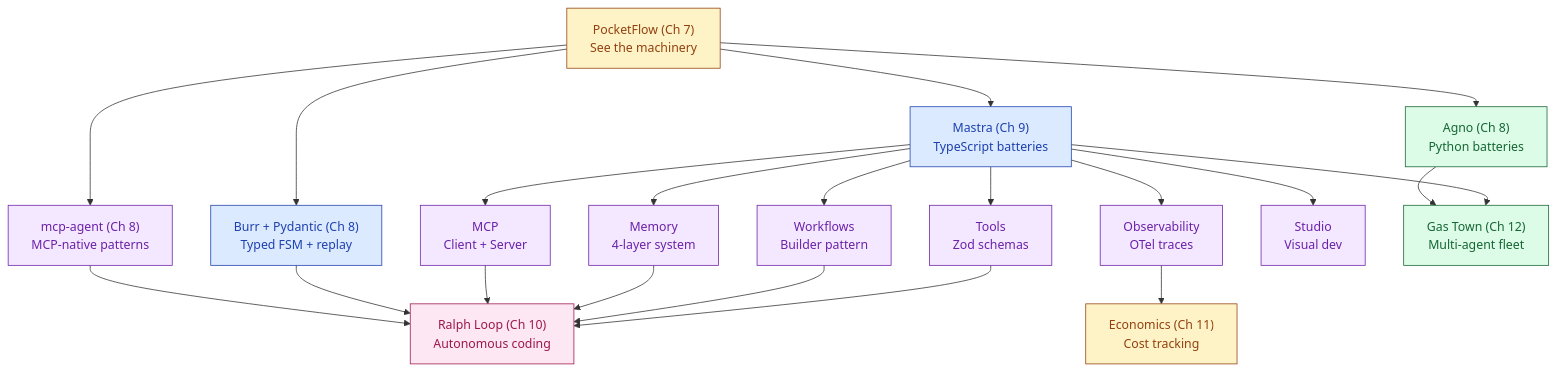
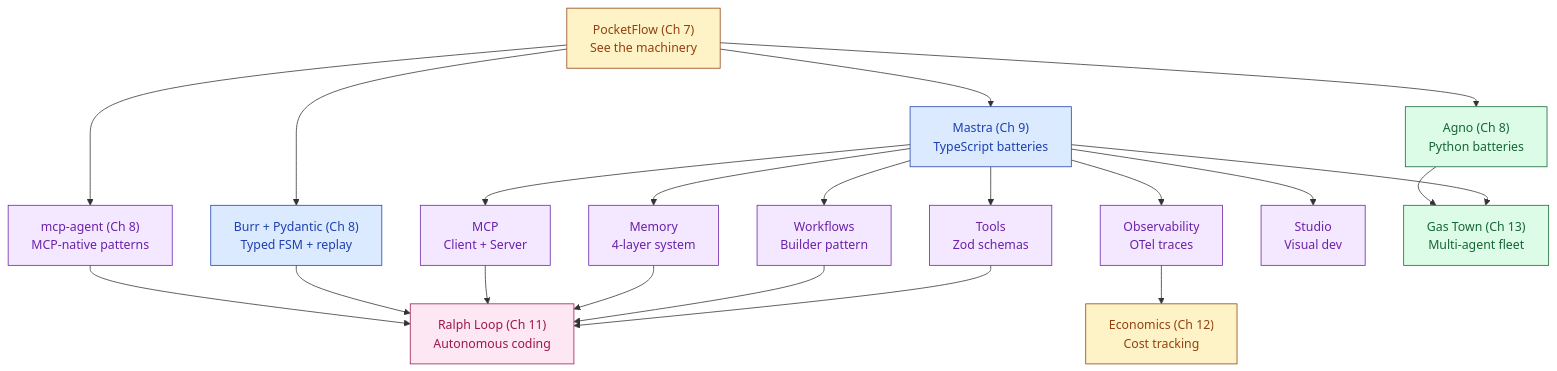
Before and after one commit to bayeslearner/ai-software-engineering: the fifth of 5 diagrams in chapters/ch09-mastra.qmd, drawn with Mermaid. The commit also changed other lines of this file and 10 other files, not shown here.

First line of the commit message:
ch10: add "Choosing a Runtime", shift ralph/economics/gas-town/career down one

````diff
--- a/chapters/ch09-mastra.qmd
+++ b/chapters/ch09-mastra.qmd
@@ -1096,37 +1100,37 @@
 ```{mermaid}
 %%| fig-cap: "How Mastra's concepts connect to the book's progression"
 flowchart TD
     PF["PocketFlow (Ch 7)<br/>See the machinery"] --> BU["Burr + Pydantic (Ch 8)<br/>Typed FSM + replay"]
     PF --> AG["Agno (Ch 8)<br/>Python batteries"]
     PF --> MA["mcp-agent (Ch 8)<br/>MCP-native patterns"]
     PF --> MS["Mastra (Ch 9)<br/>TypeScript batteries"]
     MS --> TOOLS["Tools<br/>Zod schemas"]
     MS --> WF["Workflows<br/>Builder pattern"]
     MS --> MEM["Memory<br/>4-layer system"]
     MS --> MCP["MCP<br/>Client + Server"]
     MS --> OBS["Observability<br/>OTel traces"]
     MS --> STU["Studio<br/>Visual dev"]
-    TOOLS --> RL["Ralph Loop (Ch 10)<br/>Autonomous coding"]
+    TOOLS --> RL["Ralph Loop (Ch 11)<br/>Autonomous coding"]
     WF --> RL
     MEM --> RL
     MCP --> RL
-    OBS --> EC["Economics (Ch 11)<br/>Cost tracking"]
-    MS --> GT["Gas Town (Ch 12)<br/>Multi-agent fleet"]
+    OBS --> EC["Economics (Ch 12)<br/>Cost tracking"]
+    MS --> GT["Gas Town (Ch 13)<br/>Multi-agent fleet"]
     BU --> RL
     AG --> GT
     MA --> RL
     style PF fill:#fef3c7,stroke:#92400e,color:#92400e
     style BU fill:#dbeafe,stroke:#1e40af,color:#1e40af
     style AG fill:#dcfce7,stroke:#166534,color:#166534
     style MA fill:#f3e8ff,stroke:#6b21a8,color:#6b21a8
     style MS fill:#dbeafe,stroke:#1e40af,color:#1e40af
     style RL fill:#fce7f3,stroke:#9d174d,color:#9d174d
     style EC fill:#fef3c7,stroke:#92400e,color:#92400e
     style GT fill:#dcfce7,stroke:#166534,color:#166534
     style TOOLS fill:#f3e8ff,stroke:#6b21a8,color:#6b21a8
     style WF fill:#f3e8ff,stroke:#6b21a8,color:#6b21a8
     style MEM fill:#f3e8ff,stroke:#6b21a8,color:#6b21a8
     style MCP fill:#f3e8ff,stroke:#6b21a8,color:#6b21a8
     style OBS fill:#f3e8ff,stroke:#6b21a8,color:#6b21a8
     style STU fill:#f3e8ff,stroke:#6b21a8,color:#6b21a8
 ```
````
